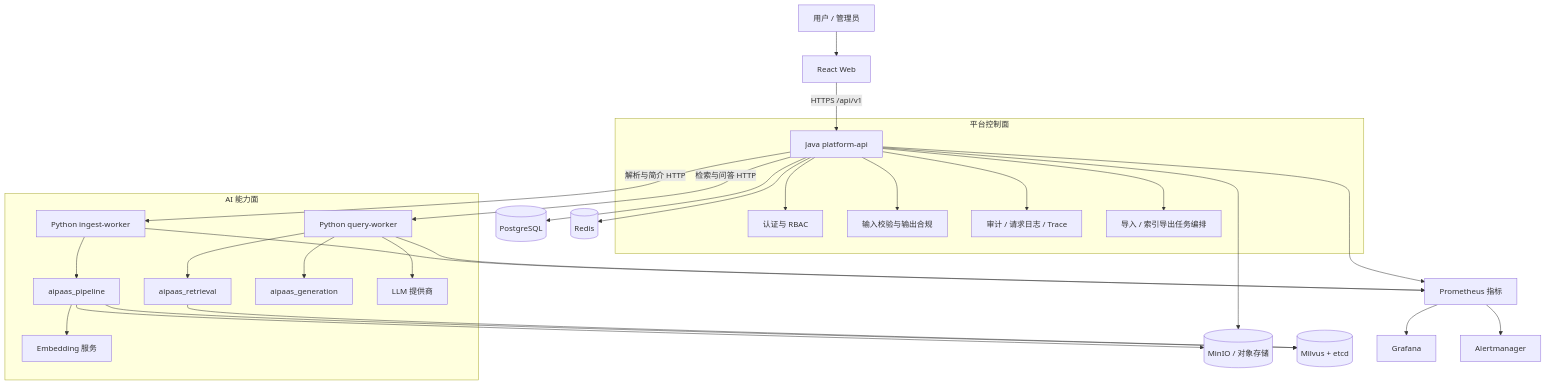
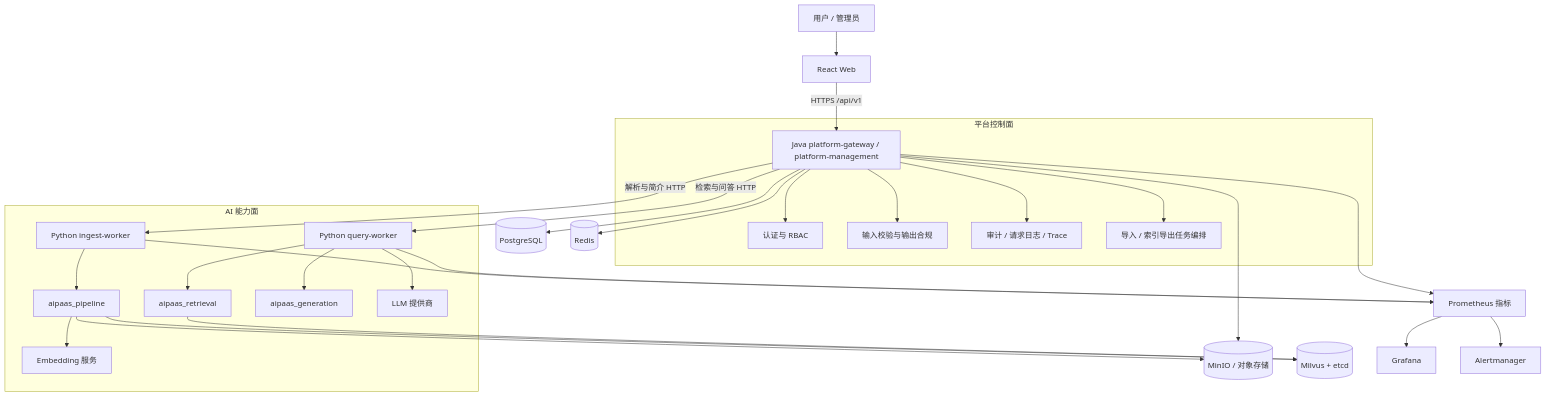
The first of 3 diagrams in docs/03_架构说明.md (aiworld0927/aipaas), drawn with Mermaid before and after one commit. The commit also changed other lines of this file and 218 other files, not shown here.

````diff
--- a/docs/03_架构说明.md
+++ b/docs/03_架构说明.md
@@ -29,36 +31,36 @@
 ```mermaid
 flowchart TB
     U[用户 / 管理员] --> W[React Web]
-    W -->|HTTPS /api/v1| J[Java platform-api]
+    W -->|HTTPS /api/v1| J[Java platform-gateway / platform-management]
 
     subgraph Platform[平台控制面]
         J --> AUTH[认证与 RBAC]
         J --> SEC[输入校验与输出合规]
         J --> AUD[审计 / 请求日志 / Trace]
         J --> TASK[导入 / 索引导出任务编排]
     end
 
     J -->|解析与简介 HTTP| INGEST[Python ingest-worker]
     J -->|检索与问答 HTTP| QUERY[Python query-worker]
 
     subgraph AI[AI 能力面]
         INGEST --> PIPE[aipaas_pipeline]
         QUERY --> RET[aipaas_retrieval]
         QUERY --> GEN[aipaas_generation]
         PIPE --> EMB[Embedding 服务]
         QUERY --> LLM[LLM 提供商]
     end
 
     J --> PG[(PostgreSQL)]
     J --> OBJ[(MinIO / 对象存储)]
     PIPE --> OBJ
     PIPE --> VEC[(Milvus + etcd)]
     RET --> VEC
     J --> REDIS[(Redis)]
 
     J --> METRICS[Prometheus 指标]
     INGEST --> METRICS
     QUERY --> METRICS
     METRICS --> GRAF[Grafana]
     METRICS --> ALERT[Alertmanager]
 ```
````
